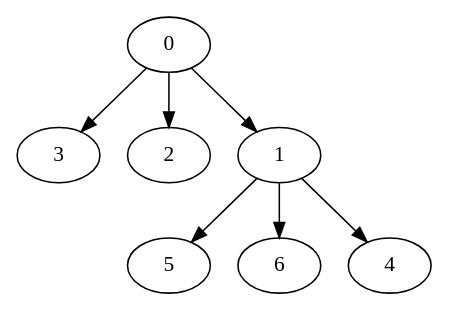
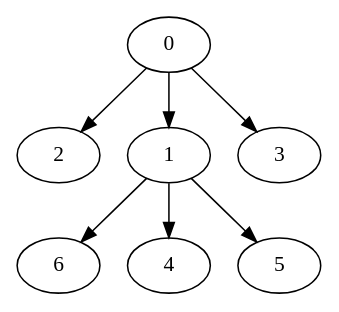
Before and after one commit to Akrya/Scheduler: the diagram in out/artifacts/scheduler_jar/Nodes_7_OutTree-output.dot, drawn with Graphviz. The commit also changed 15 other files, not shown here.

```diff
--- a/out/artifacts/scheduler_jar/Nodes_7_OutTree-output.dot
+++ b/out/artifacts/scheduler_jar/Nodes_7_OutTree-output.dot
@@ -1,15 +1,12 @@
 digraph "Nodes_7_OutTree-output" {
-	 3	 [Weight=6.0,Start=22.0,Processor=0];
-	 5	 [Weight=7.0,Start=15.0,Processor=0];
-	 6	 [Weight=7.0,Start=16.0,Processor=1];
+	 2	 [Weight=5.0,Start=16.0,Processor=0];
+	 1	 [Weight=6.0,Start=21.0,Processor=0];
+	 6	 [Weight=7.0,Start=48.0,Processor=1];
 	 0	 [Weight=5.0,Start=0.0,Processor=1];
-	 2	 [Weight=5.0,Start=11.0,Processor=1];
-	 4	 [Weight=4.0,Start=23.0,Processor=1];
-	 1	 [Weight=6.0,Start=5.0,Processor=1];
 	 0 -> 1	[Weight=15.0];
 	 0 -> 2	[Weight=11.0];
 	 0 -> 3	[Weight=11.0];
 	 1 -> 4	[Weight=19.0];
 	 1 -> 5	[Weight=4.0];
 	 1 -> 6	[Weight=21.0];
 }
```
